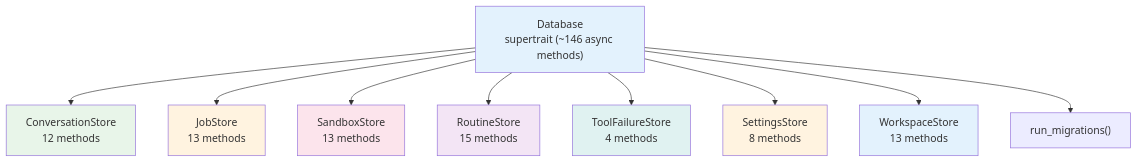
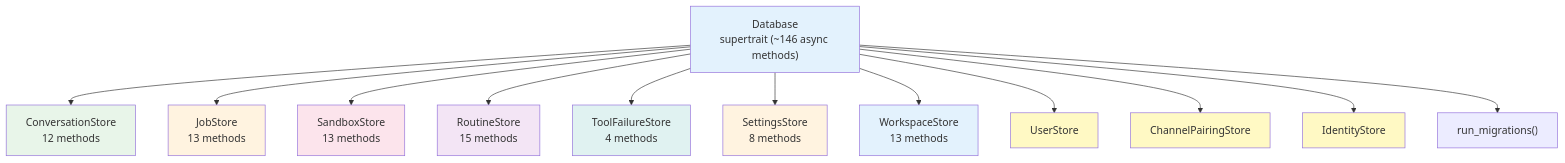
One commit to CipherOcto/cipherocto changed diagram 24 of 31 in docs/research/ironclaw-architecture.md. Above: the diagram before and after it, drawn with Mermaid.

Commit message:
docs: ironclaw-architecture round 5 fixes
- Add missing sub-traits (UserStore, ChannelPairingStore, IdentityStore) to mermaid diagram
- Add missing excluded items (composio, safety/fuzz)
- Add bollard to key dependencies table
- Fix channel list ordering to match source

````diff
--- a/docs/research/ironclaw-architecture.md
+++ b/docs/research/ironclaw-architecture.md
@@ -1019,22 +1019,28 @@
 ```mermaid
 graph TB
     DB["Database<br/>supertrait (~146 async methods)"]
     
     DB --> CS["ConversationStore<br/>12 methods"]
     DB --> JS["JobStore<br/>13 methods"]
     DB --> SB["SandboxStore<br/>13 methods"]
     DB --> RS["RoutineStore<br/>15 methods"]
     DB --> TFS["ToolFailureStore<br/>4 methods"]
     DB --> SS["SettingsStore<br/>8 methods"]
     DB --> WS["WorkspaceStore<br/>13 methods"]
+    DB --> UP["UserStore"]
+    DB --> CP["ChannelPairingStore"]
+    DB --> IS["IdentityStore"]
     DB --> RM["run_migrations()"]
 
     style DB fill:#e3f2fd
     style CS fill:#e8f5e9
     style JS fill:#fff3e0
     style SB fill:#fce4ec
     style RS fill:#f3e5f5
     style TFS fill:#e0f2f1
     style SS fill:#fff3e0
     style WS fill:#e3f2fd
+    style UP fill:#fff9c4
+    style CP fill:#fff9c4
+    style IS fill:#fff9c4
 ```
````
